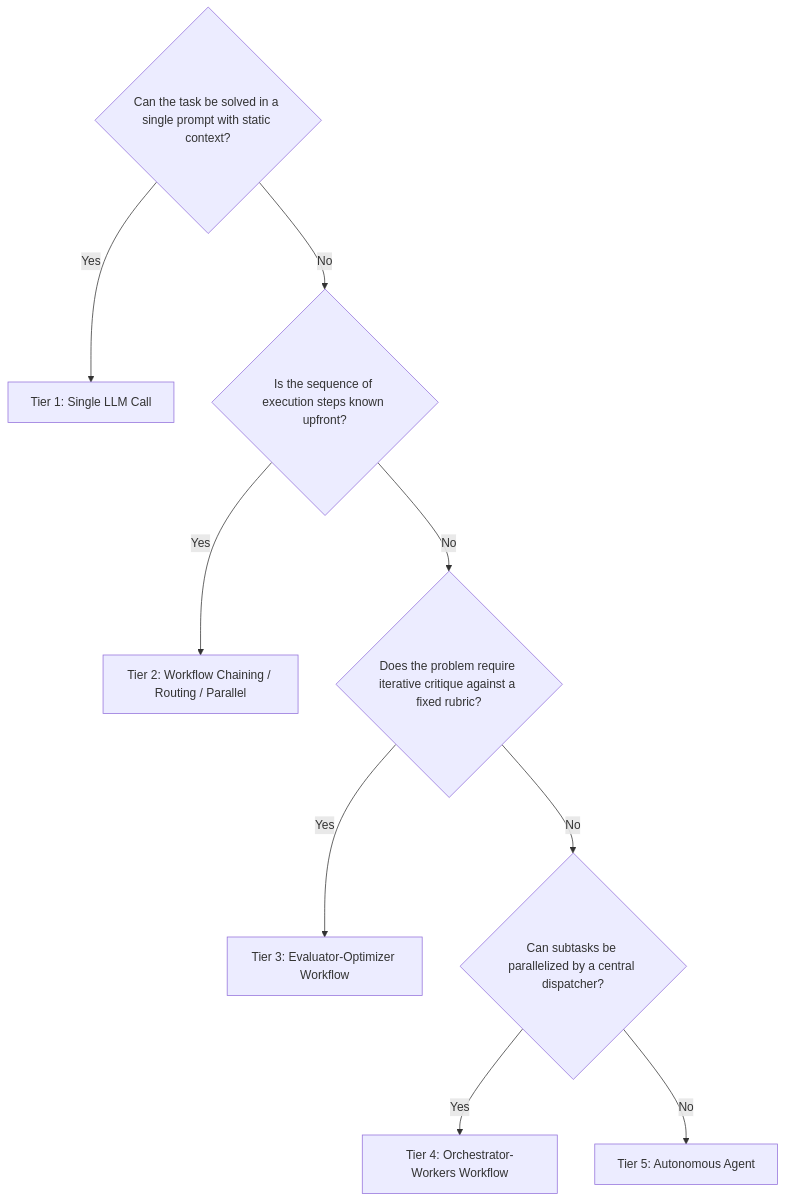
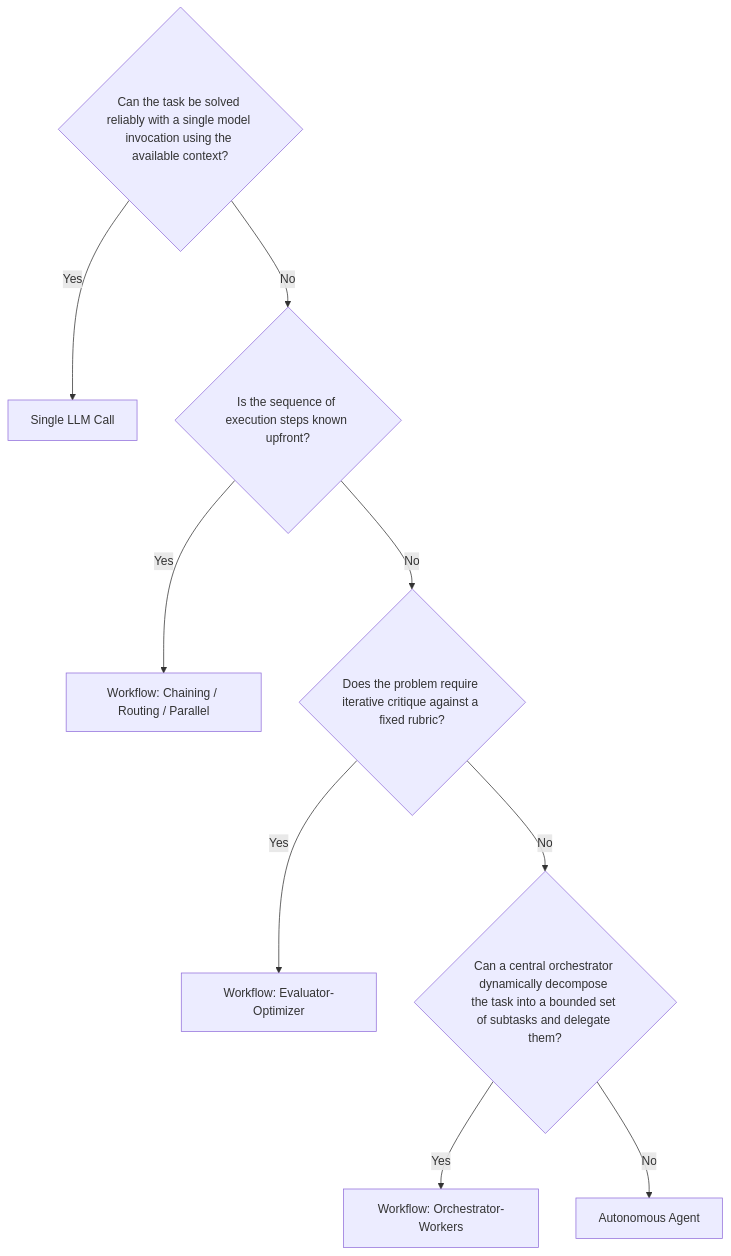
One commit to sivaskm/agentic-ai-engineering changed diagram 12 of 14 in module-01-agentic-ai-foundations/content/01-from-generative-ai-to-agentic-control-loops.md. Above: the diagram before and after it, drawn with Mermaid. The commit also changed other lines of this file and 8 other files, not shown here.

````diff
--- a/module-01-agentic-ai-foundations/content/01-from-generative-ai-to-agentic-control-loops.md
+++ b/module-01-agentic-ai-foundations/content/01-from-generative-ai-to-agentic-control-loops.md
@@ -390,15 +422,15 @@
 ```mermaid
 flowchart TD
-    Q1{Can the task be solved in a single prompt with static context?}
-    Q1 -- Yes --> SingleCall[Tier 1: Single LLM Call]
+    Q1{Can the task be solved reliably with a single model invocation using the available context?}
+    Q1 -- Yes --> SingleCall[Single LLM Call]
     Q1 -- No --> Q2{Is the sequence of execution steps known upfront?}
-    
-    Q2 -- Yes --> Workflow[Tier 2: Workflow Chaining / Routing / Parallel]
+
+    Q2 -- Yes --> Workflow[Workflow: Chaining / Routing / Parallel]
     Q2 -- No --> Q3{Does the problem require iterative critique against a fixed rubric?}
-    
-    Q3 -- Yes --> EvalOpt[Tier 3: Evaluator-Optimizer Workflow]
-    Q3 -- No --> Q4{Can subtasks be parallelized by a central dispatcher?}
-    
-    Q4 -- Yes --> OrchWorkers[Tier 4: Orchestrator-Workers Workflow]
-    Q4 -- No --> Agent[Tier 5: Autonomous Agent]
+
+    Q3 -- Yes --> EvalOpt[Workflow: Evaluator-Optimizer]
+    Q3 -- No --> Q4{Can a central orchestrator dynamically decompose the task into a bounded set of subtasks and delegate them?}
+
+    Q4 -- Yes --> OrchWorkers[Workflow: Orchestrator-Workers]
+    Q4 -- No --> Agent[Autonomous Agent]
 ```
````
